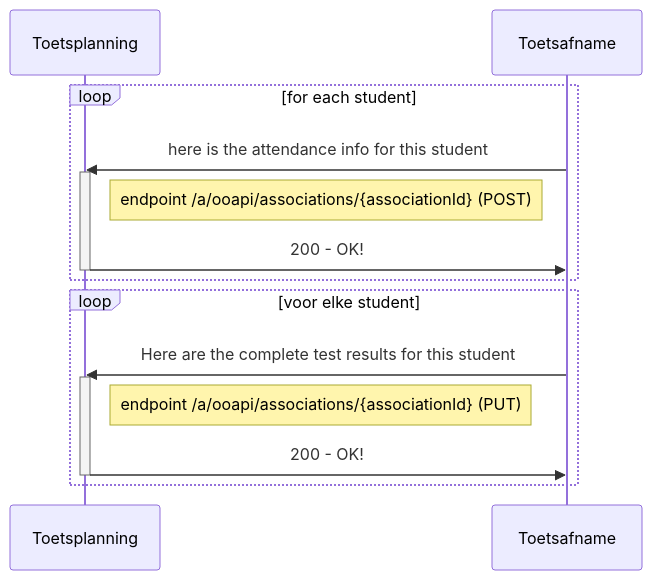
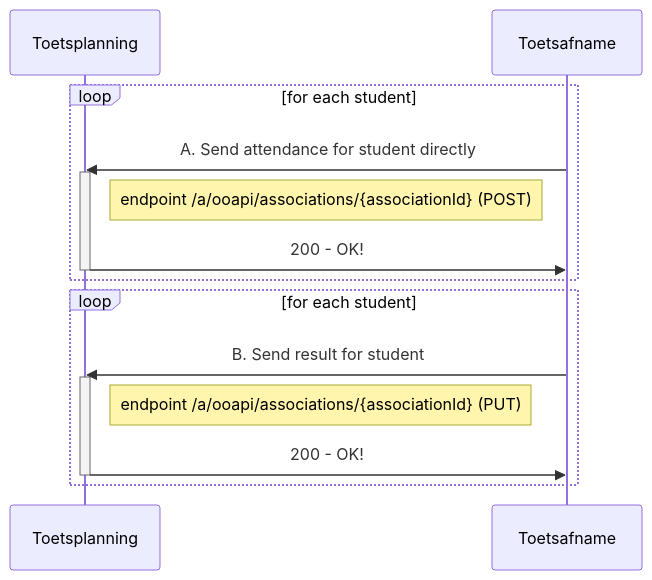
The second of 4 diagrams in doc/flow3.md (NetwerkExamineringDigitalisering/NED-OOAPI), drawn with Mermaid before and after one commit. The commit also changed other lines of this file, not shown here.

First line of the commit message:
Update flow3.md

````diff
--- a/doc/flow3.md
+++ b/doc/flow3.md
@@ -71,19 +69,19 @@
 ```mermaid
 sequenceDiagram
     participant Toetsplanning
     participant Toetsafname
     loop for each student
-      Toetsafname->>Toetsplanning: here is the attendance info for this student
+      Toetsafname->>Toetsplanning: A. Send attendance for student directly
       activate Toetsplanning
       Note right of Toetsplanning: endpoint /a/ooapi/associations/{associationId} (POST)
       Toetsplanning->>Toetsafname: 200 - OK!
       deactivate Toetsplanning
    end
-    loop voor elke student
-      Toetsafname->>Toetsplanning: Here are the complete test results for this student
+    loop for each student
+      Toetsafname->>Toetsplanning: B. Send result for student
       activate Toetsplanning
       Note right of Toetsplanning: endpoint /a/ooapi/associations/{associationId} (PUT)
       Toetsplanning->>Toetsafname: 200 - OK!
       deactivate Toetsplanning
    end
 ```
````
